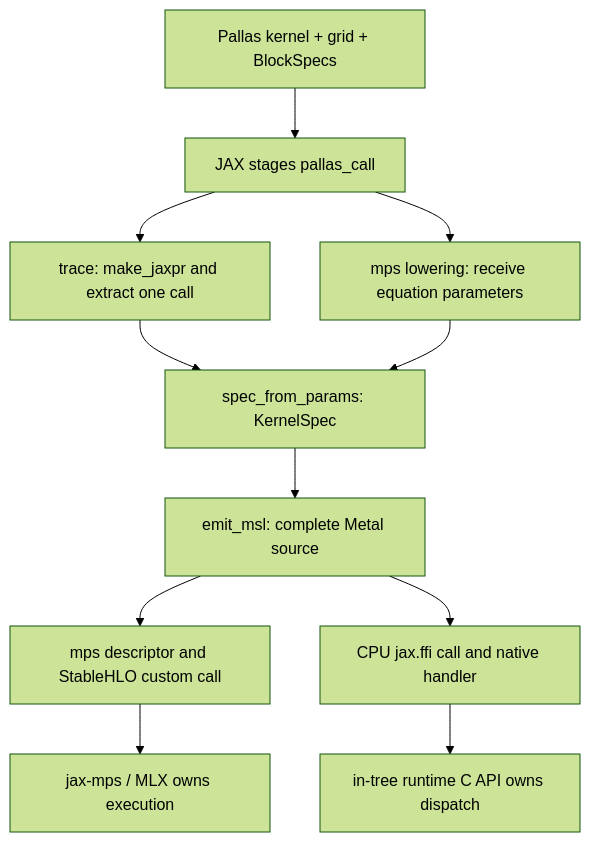
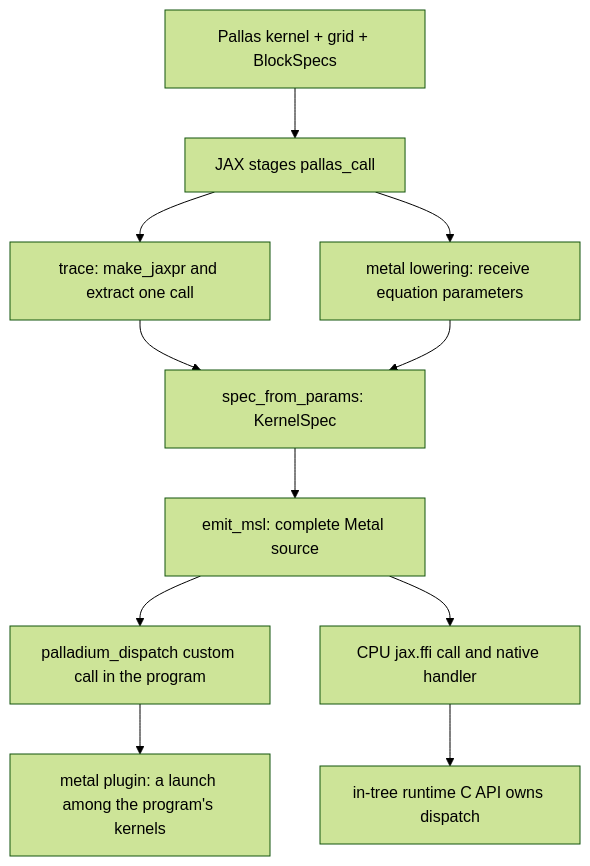
One commit to nicholasjng/palladium changed the diagram in docs/architecture.md. Above: the diagram before and after it, drawn with Mermaid (forest theme). The commit also changed other lines of this file and 10 other files, not shown here.

First line of the commit message:
Document benchmarking with mew and Palladium without jax-mps

````diff
--- a/docs/architecture.md
+++ b/docs/architecture.md
@@ -43,13 +43,13 @@
 ```mermaid
 flowchart TD
     A["Pallas kernel + grid + BlockSpecs"] --> B["JAX stages pallas_call"]
     B --> C["trace: make_jaxpr and extract one call"]
-    B --> D["mps lowering: receive equation parameters"]
+    B --> D["metal lowering: receive equation parameters"]
     C --> E["spec_from_params: KernelSpec"]
     D --> E
     E --> F["emit_msl: complete Metal source"]
-    F --> G["mps descriptor and StableHLO custom call"]
+    F --> G["palladium_dispatch custom call in the program"]
     F --> H["CPU jax.ffi call and native handler"]
-    G --> I["jax-mps / MLX owns execution"]
+    G --> I["metal plugin: a launch among the program's kernels"]
     H --> J["in-tree runtime C API owns dispatch"]
 ```
````
